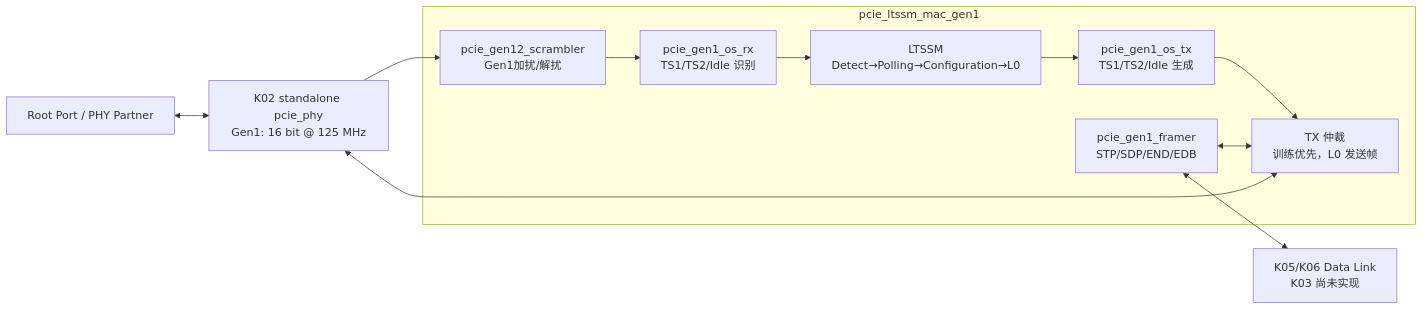
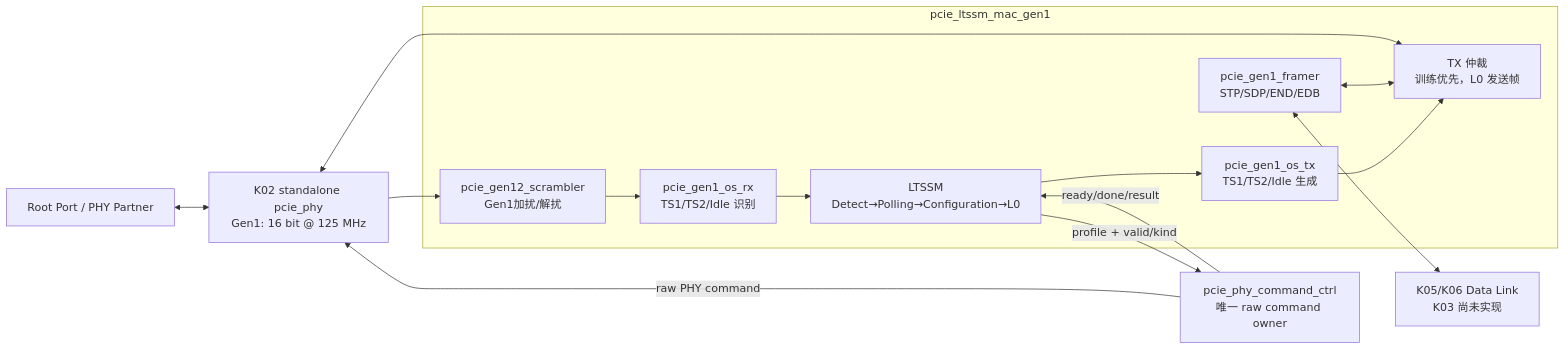
Before and after one commit to FPGA-liyinlong08/pcie-ep: the diagram in pcie_ep_kcu105/docs/architecture/k03-gen1-ltssm-mac.md, drawn with Mermaid. The commit also changed other lines of this file and 28 other files, not shown here.

Commit message:
k11: refactor Gen1 PHY command ownership

````diff
--- a/pcie_ep_kcu105/docs/architecture/k03-gen1-ltssm-mac.md
+++ b/pcie_ep_kcu105/docs/architecture/k03-gen1-ltssm-mac.md
@@ -29,23 +31,28 @@
 ```mermaid
 flowchart LR
     PARTNER["Root Port / PHY Partner"]
     PHY["K02 standalone pcie_phy<br/>Gen1: 16 bit @ 125 MHz"]
 
     subgraph K03["pcie_ltssm_mac_gen1"]
         SCR["pcie_gen12_scrambler<br/>Gen1加扰/解扰"]
         RXOS["pcie_gen1_os_rx<br/>TS1/TS2/Idle 识别"]
         FSM["LTSSM<br/>Detect→Polling→Configuration→L0"]
         TXOS["pcie_gen1_os_tx<br/>TS1/TS2/Idle 生成"]
         FR["pcie_gen1_framer<br/>STP/SDP/END/EDB"]
         ARB["TX 仲裁<br/>训练优先，L0 发送帧"]
         RXOS --> FSM --> TXOS --> ARB
         FR <--> ARB
     end
 
+    CMD["pcie_phy_command_ctrl<br/>唯一 raw command owner"]
+
     DLL["K05/K06 Data Link<br/>K03 尚未实现"]
 
     PARTNER <--> PHY
+    FSM -->|profile + valid/kind| CMD
+    CMD -->|ready/done/result| FSM
+    CMD -->|raw PHY command| PHY
     PHY --> SCR --> RXOS
     PHY <--> ARB
     FR <--> DLL
 ```
````
